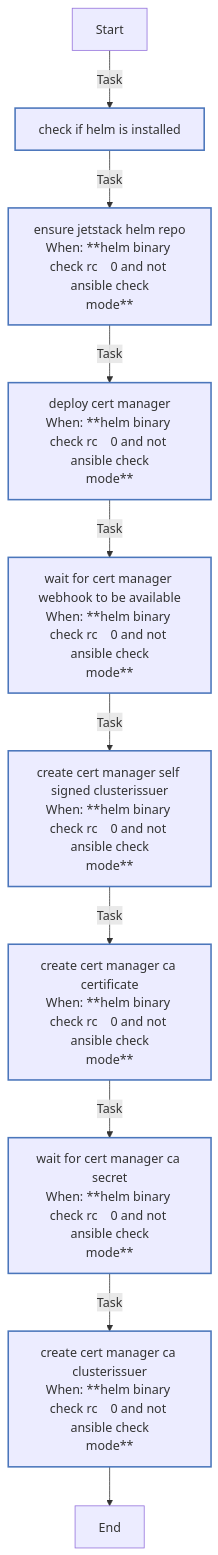
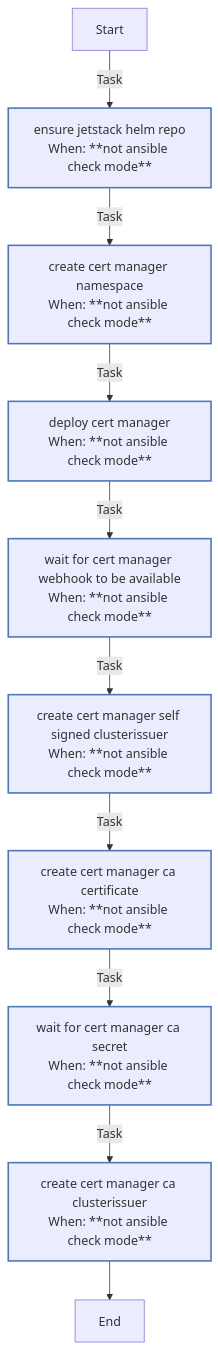
Before and after one commit to rou-cru/k3s-homelab: the second of 2 diagrams in roles/cert_manager/README.md, drawn with Mermaid. The commit also changed other lines of this file and 277 other files, not shown here.

````diff
--- a/roles/cert_manager/README.md
+++ b/roles/cert_manager/README.md
@@ -81,22 +167,22 @@
 ```mermaid
 flowchart TD
 Start
 classDef block stroke:#3498db,stroke-width:2px;
 classDef task stroke:#4b76bb,stroke-width:2px;
 classDef includeTasks stroke:#16a085,stroke-width:2px;
 classDef importTasks stroke:#34495e,stroke-width:2px;
 classDef includeRole stroke:#2980b9,stroke-width:2px;
 classDef importRole stroke:#699ba7,stroke-width:2px;
 classDef includeVars stroke:#8e44ad,stroke-width:2px;
 classDef rescue stroke:#665352,stroke-width:2px;
 
-  Start-->|Task| Check_if_Helm_is_installed0[check if helm is installed]:::task
-  Check_if_Helm_is_installed0-->|Task| Ensure_Jetstack_Helm_repo1[ensure jetstack helm repo<br>When: **helm binary check rc    0 and not ansible check<br>mode**]:::task
-  Ensure_Jetstack_Helm_repo1-->|Task| Deploy_cert_manager2[deploy cert manager<br>When: **helm binary check rc    0 and not ansible check<br>mode**]:::task
-  Deploy_cert_manager2-->|Task| Wait_for_cert_manager_webhook_to_be_available3[wait for cert manager webhook to be available<br>When: **helm binary check rc    0 and not ansible check<br>mode**]:::task
-  Wait_for_cert_manager_webhook_to_be_available3-->|Task| Create_cert_manager_self_signed_ClusterIssuer4[create cert manager self signed clusterissuer<br>When: **helm binary check rc    0 and not ansible check<br>mode**]:::task
-  Create_cert_manager_self_signed_ClusterIssuer4-->|Task| Create_cert_manager_CA_certificate5[create cert manager ca certificate<br>When: **helm binary check rc    0 and not ansible check<br>mode**]:::task
-  Create_cert_manager_CA_certificate5-->|Task| Wait_for_cert_manager_CA_secret6[wait for cert manager ca secret<br>When: **helm binary check rc    0 and not ansible check<br>mode**]:::task
-  Wait_for_cert_manager_CA_secret6-->|Task| Create_cert_manager_CA_ClusterIssuer7[create cert manager ca clusterissuer<br>When: **helm binary check rc    0 and not ansible check<br>mode**]:::task
+  Start-->|Task| Ensure_Jetstack_Helm_repo0[ensure jetstack helm repo<br>When: **not ansible check mode**]:::task
+  Ensure_Jetstack_Helm_repo0-->|Task| Create_cert_manager_namespace1[create cert manager namespace<br>When: **not ansible check mode**]:::task
+  Create_cert_manager_namespace1-->|Task| Deploy_cert_manager2[deploy cert manager<br>When: **not ansible check mode**]:::task
+  Deploy_cert_manager2-->|Task| Wait_for_cert_manager_webhook_to_be_available3[wait for cert manager webhook to be available<br>When: **not ansible check mode**]:::task
+  Wait_for_cert_manager_webhook_to_be_available3-->|Task| Create_cert_manager_self_signed_ClusterIssuer4[create cert manager self signed clusterissuer<br>When: **not ansible check mode**]:::task
+  Create_cert_manager_self_signed_ClusterIssuer4-->|Task| Create_cert_manager_CA_certificate5[create cert manager ca certificate<br>When: **not ansible check mode**]:::task
+  Create_cert_manager_CA_certificate5-->|Task| Wait_for_cert_manager_CA_secret6[wait for cert manager ca secret<br>When: **not ansible check mode**]:::task
+  Wait_for_cert_manager_CA_secret6-->|Task| Create_cert_manager_CA_ClusterIssuer7[create cert manager ca clusterissuer<br>When: **not ansible check mode**]:::task
   Create_cert_manager_CA_ClusterIssuer7-->End
 ```
````
